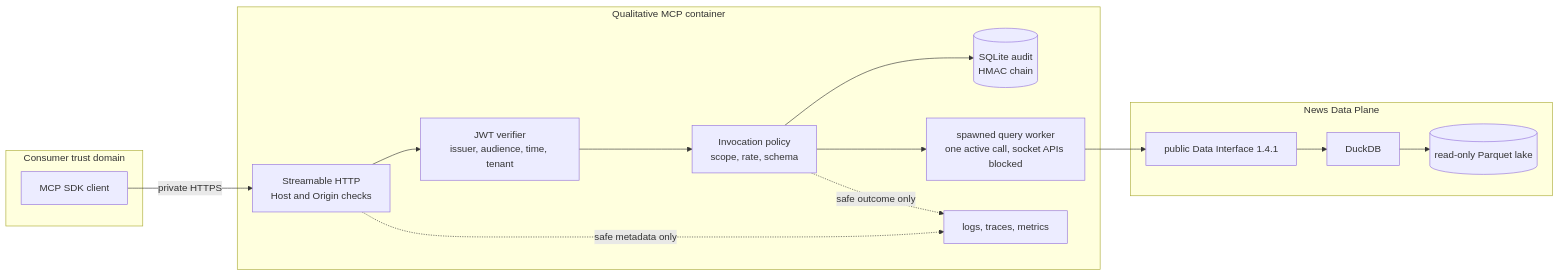
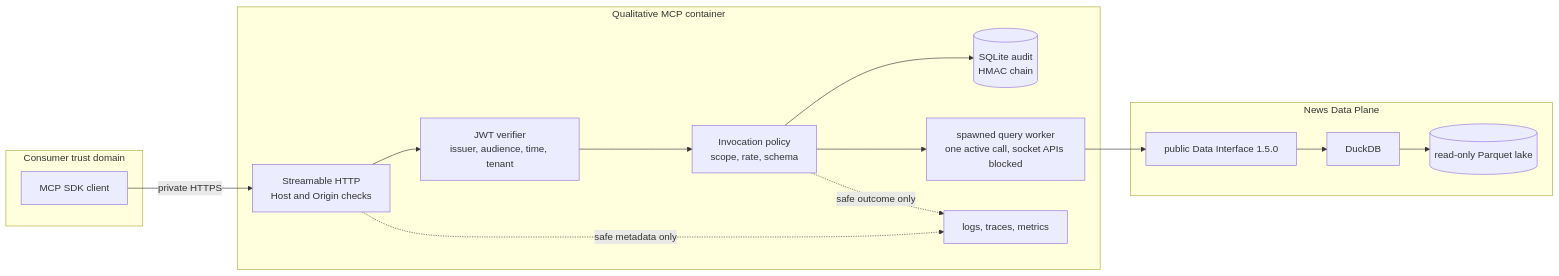
The first of 4 diagrams in docs/ARCHITECTURE.md (SiddarthaKoppaka/stram_qualitative_mcp), drawn with Mermaid before and after one commit. The commit also changed other lines of this file and 44 other files, not shown here.

````diff
--- a/docs/ARCHITECTURE.md
+++ b/docs/ARCHITECTURE.md
@@ -10,24 +10,24 @@
 ```mermaid
 flowchart LR
     subgraph consumer[Consumer trust domain]
         C[MCP SDK client]
     end
     subgraph tool[Qualitative MCP container]
         H[Streamable HTTP<br/>Host and Origin checks]
         A[JWT verifier<br/>issuer, audience, time, tenant]
         P[Invocation policy<br/>scope, rate, schema]
         J[(SQLite audit<br/>HMAC chain)]
     W[spawned query worker<br/>one active call, socket APIs blocked]
         O[logs, traces, metrics]
     end
     subgraph data[News Data Plane]
-        I[public Data Interface 1.4.1]
+        I[public Data Interface 1.5.0]
         Q[DuckDB]
         L[(read-only Parquet lake)]
     end
     C -->|private HTTPS| H --> A --> P
     P --> J
     P --> W --> I --> Q --> L
     H -. safe metadata only .-> O
     P -. safe outcome only .-> O
 ```
````
